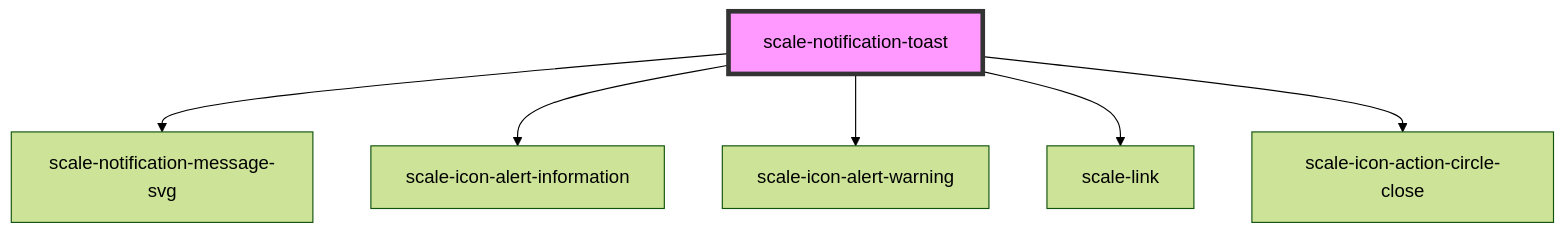
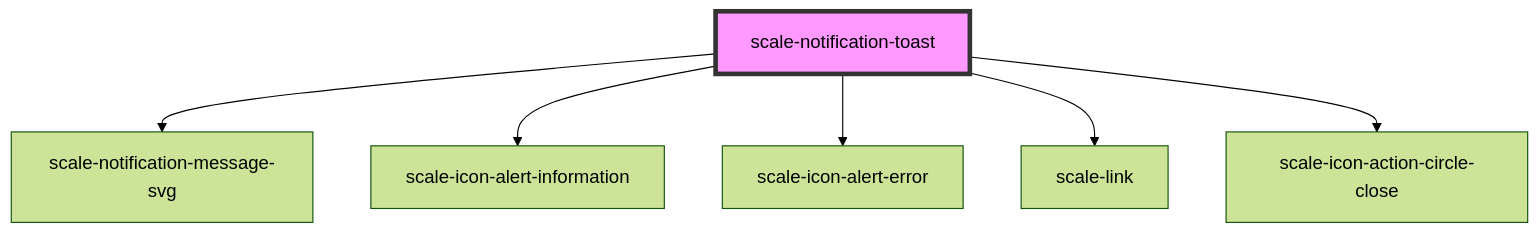
The diagram in packages/components/src/components/notification-toast/readme.md (telekom/scale), drawn with Mermaid (forest theme) before and after one commit. The commit also changed other lines of this file and 7 other files, not shown here.

````diff
--- a/packages/components/src/components/notification-toast/readme.md
+++ b/packages/components/src/components/notification-toast/readme.md
@@ -46,9 +47,9 @@
 ```mermaid
 graph TD;
   scale-notification-toast --> scale-notification-message-svg
   scale-notification-toast --> scale-icon-alert-information
-  scale-notification-toast --> scale-icon-alert-warning
+  scale-notification-toast --> scale-icon-alert-error
   scale-notification-toast --> scale-link
   scale-notification-toast --> scale-icon-action-circle-close
   style scale-notification-toast fill:#f9f,stroke:#333,stroke-width:4px
 ```
````
